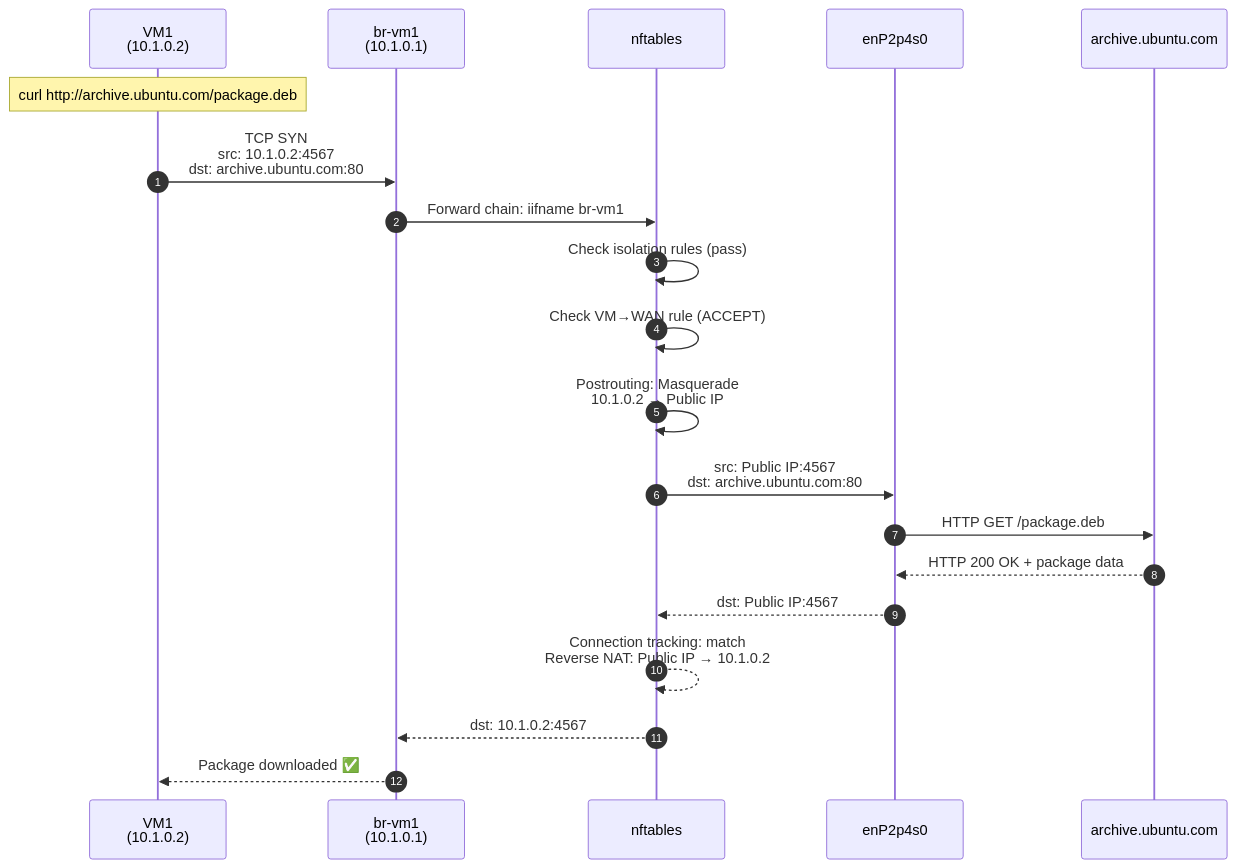
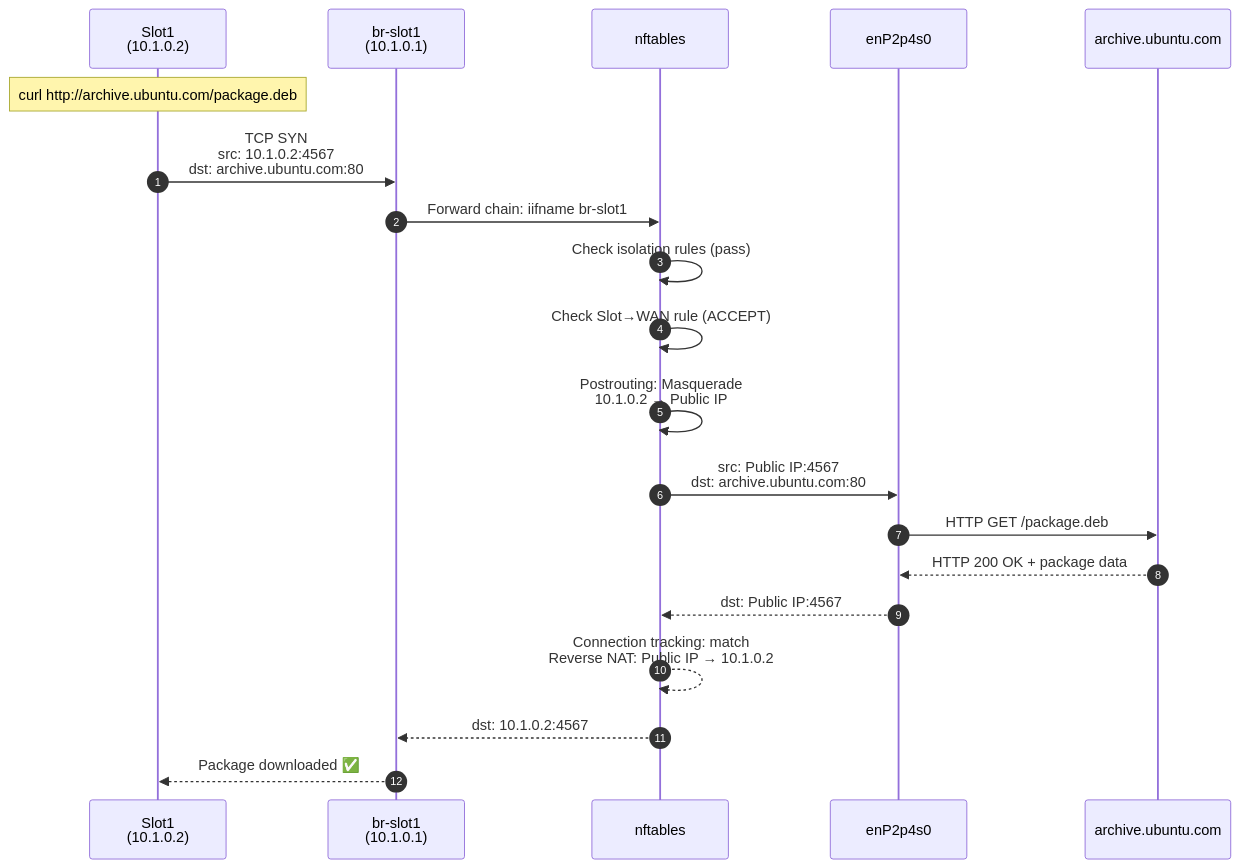
Before and after one commit to r33drichards/simple-microvm-infra: diagram 12 of 15 in NETWORK-TOPOLOGY.md, drawn with Mermaid. The commit also changed other lines of this file and 3 other files, not shown here.

First line of the commit message:
Update documentation for portable state architecture

````diff
--- a/NETWORK-TOPOLOGY.md
+++ b/NETWORK-TOPOLOGY.md
@@ -697,23 +698,23 @@
 ```mermaid
 sequenceDiagram
     autonumber
-    participant VM1 as VM1<br/>(10.1.0.2)
-    participant BR1 as br-vm1<br/>(10.1.0.1)
+    participant Slot1 as Slot1<br/>(10.1.0.2)
+    participant BR1 as br-slot1<br/>(10.1.0.1)
     participant NFT as nftables
     participant WAN as enP2p4s0
     participant Server as archive.ubuntu.com
 
-    Note over VM1: curl http://archive.ubuntu.com/package.deb
-    VM1->>BR1: TCP SYN<br/>src: 10.1.0.2:4567<br/>dst: archive.ubuntu.com:80
-    BR1->>NFT: Forward chain: iifname br-vm1
+    Note over Slot1: curl http://archive.ubuntu.com/package.deb
+    Slot1->>BR1: TCP SYN<br/>src: 10.1.0.2:4567<br/>dst: archive.ubuntu.com:80
+    BR1->>NFT: Forward chain: iifname br-slot1
     NFT->>NFT: Check isolation rules (pass)
-    NFT->>NFT: Check VM→WAN rule (ACCEPT)
+    NFT->>NFT: Check Slot→WAN rule (ACCEPT)
     NFT->>NFT: Postrouting: Masquerade<br/>10.1.0.2 → Public IP
     NFT->>WAN: src: Public IP:4567<br/>dst: archive.ubuntu.com:80
     WAN->>Server: HTTP GET /package.deb
     Server-->>WAN: HTTP 200 OK + package data
     WAN-->>NFT: dst: Public IP:4567
     NFT-->>NFT: Connection tracking: match<br/>Reverse NAT: Public IP → 10.1.0.2
     NFT-->>BR1: dst: 10.1.0.2:4567
-    BR1-->>VM1: Package downloaded ✅
+    BR1-->>Slot1: Package downloaded ✅
 ```
````
